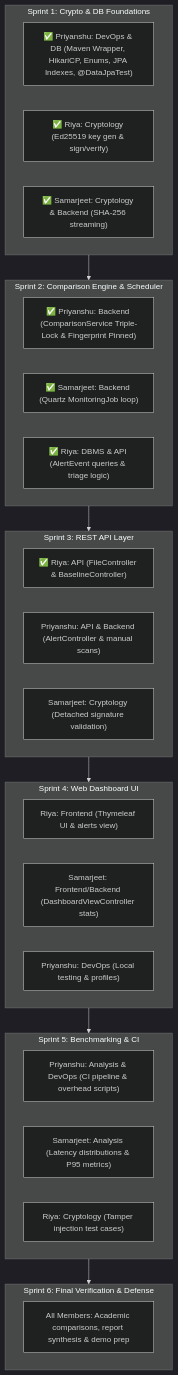
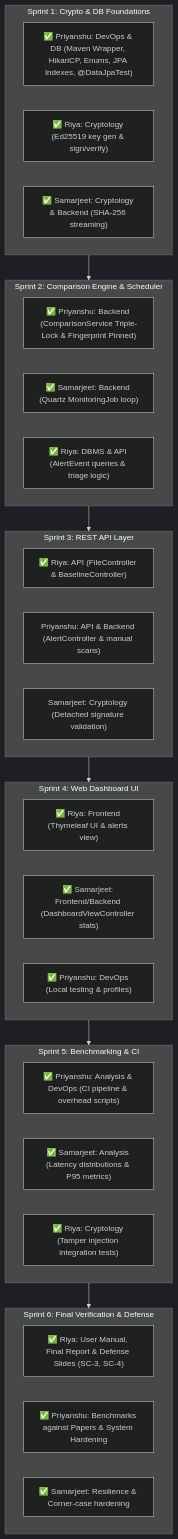
The diagram in docs/BRAIN.md (PG300604/HashWatch), drawn with Mermaid (dark theme) before and after one commit. The commit also changed 6 other files, not shown here.

Commit message:
docs(academic): author comprehensive final project report, user manual, and 15-slide defense presentation deck (Resolves S6-T2, SC-3, SC-4)

````diff
--- a/docs/BRAIN.md
+++ b/docs/BRAIN.md
@@ -70,38 +70,40 @@
 ```mermaid
 flowchart TD
     subgraph Sprint1["Sprint 1: Crypto & DB Foundations"]
         S1P["✅ Priyanshu: DevOps & DB (Maven Wrapper, HikariCP, Enums, JPA Indexes, @DataJpaTest)"]
         S1R["✅ Riya: Cryptology (Ed25519 key gen & sign/verify)"]
         S1S["✅ Samarjeet: Cryptology & Backend (SHA-256 streaming)"]
     end
 
     subgraph Sprint2["Sprint 2: Comparison Engine & Scheduler"]
         S2P["✅ Priyanshu: Backend (ComparisonService Triple-Lock & Fingerprint Pinned)"]
         S2S["✅ Samarjeet: Backend (Quartz MonitoringJob loop)"]
         S2R["✅ Riya: DBMS & API (AlertEvent queries & triage logic)"]
     end
 
     subgraph Sprint3["Sprint 3: REST API Layer"]
         S3R["✅ Riya: API (FileController & BaselineController)"]
         S3P["Priyanshu: API & Backend (AlertController & manual scans)"]
         S3S["Samarjeet: Cryptology (Detached signature validation)"]
     end
 
     subgraph Sprint4["Sprint 4: Web Dashboard UI"]
-        S4R["Riya: Frontend (Thymeleaf UI & alerts view)"]
-        S4S["Samarjeet: Frontend/Backend (DashboardViewController stats)"]
-        S4P["Priyanshu: DevOps (Local testing & profiles)"]
+        S4R["✅ Riya: Frontend (Thymeleaf UI & alerts view)"]
+        S4S["✅ Samarjeet: Frontend/Backend (DashboardViewController stats)"]
+        S4P["✅ Priyanshu: DevOps (Local testing & profiles)"]
     end
 
     subgraph Sprint5["Sprint 5: Benchmarking & CI"]
-        S5P["Priyanshu: Analysis & DevOps (CI pipeline & overhead scripts)"]
-        S5S["Samarjeet: Analysis (Latency distributions & P95 metrics)"]
-        S5R["Riya: Cryptology (Tamper injection test cases)"]
+        S5P["✅ Priyanshu: Analysis & DevOps (CI pipeline & overhead scripts)"]
+        S5S["✅ Samarjeet: Analysis (Latency distributions & P95 metrics)"]
+        S5R["✅ Riya: Cryptology (Tamper injection integration tests)"]
     end
 
     subgraph Sprint6["Sprint 6: Final Verification & Defense"]
-        ALL["All Members: Academic comparisons, report synthesis & demo prep"]
+        S6R["✅ Riya: User Manual, Final Report & Defense Slides (SC-3, SC-4)"]
+        S6P["✅ Priyanshu: Benchmarks against Papers & System Hardening"]
+        S6S["✅ Samarjeet: Resilience & Corner-case hardening"]
     end
 
     Sprint1 --> Sprint2 --> Sprint3 --> Sprint4 --> Sprint5 --> Sprint6
 ```
````
